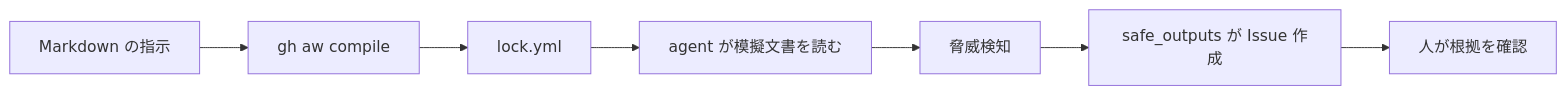
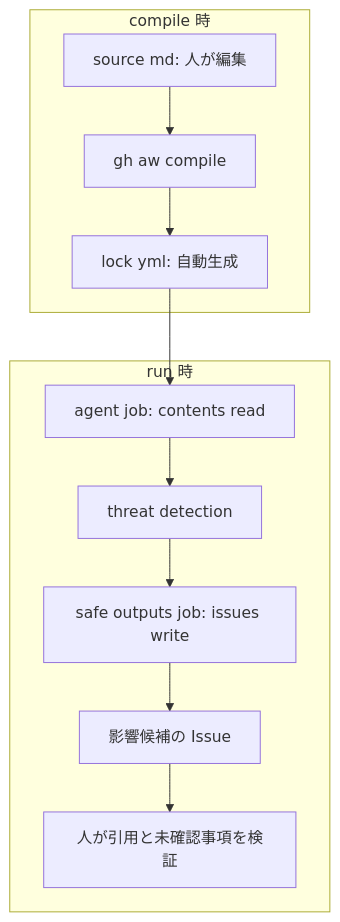
Before and after one commit to ks6088ts-labs/handson-github-actions: the diagram in docs/advanced.md, drawn with Mermaid. The commit also changed other lines of this file and 20 other files, not shown here.

````diff
--- a/docs/advanced.md
+++ b/docs/advanced.md
@@ -21,9 +41,14 @@
 ```mermaid
-flowchart LR
-    A[Markdown の指示] --> B[gh aw compile]
-    B --> C[lock.yml]
-    C --> D[agent が模擬文書を読む]
-    D --> E[脅威検知]
-    E --> F[safe_outputs が Issue 作成]
-    F --> G[人が根拠を確認]
+flowchart TD
+  subgraph Compile[compile 時]
+    S[source md: 人が編集] --> C[gh aw compile]
+    C --> L[lock yml: 自動生成]
+  end
+  subgraph Run[run 時]
+    L --> A[agent job: contents read]
+    A --> D[threat detection]
+    D --> O[safe outputs job: issues write]
+    O --> I[影響候補の Issue]
+    I --> H[人が引用と未確認事項を検証]
+  end
 ```
````
